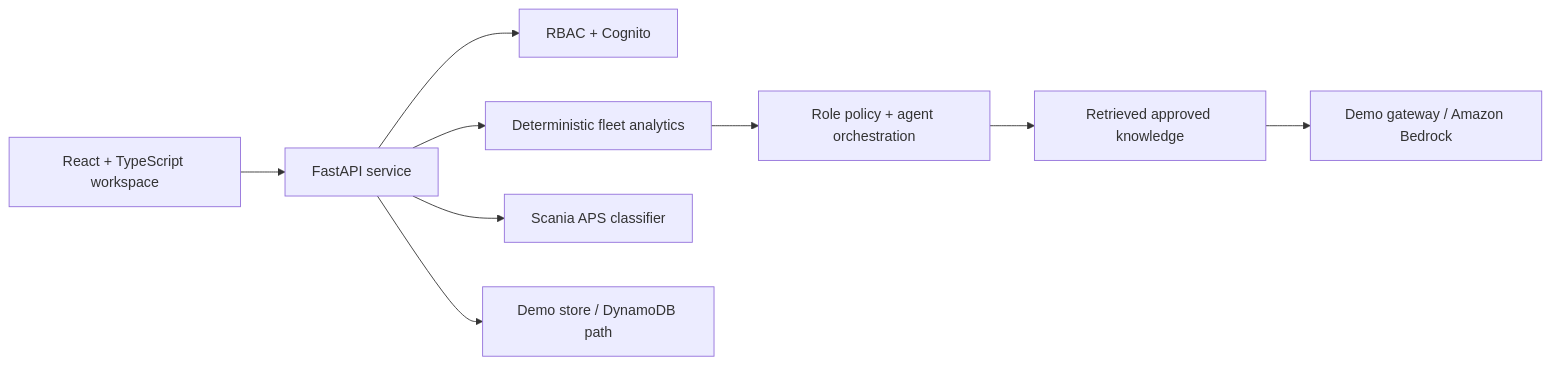
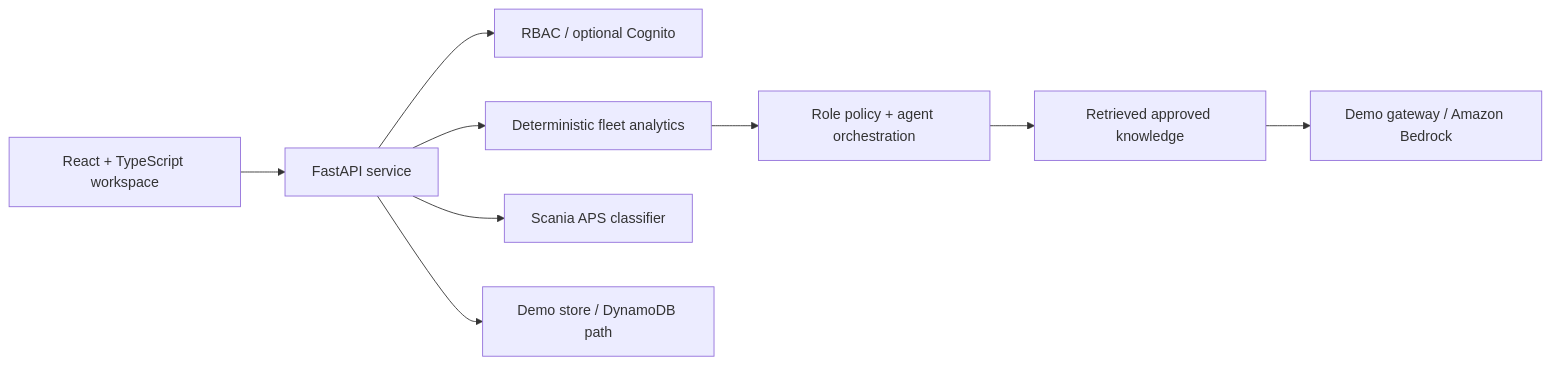
Before and after one commit to chaima-menouar/fleetmind-ai-rbac-secured: the diagram in README.md, drawn with Mermaid. The commit also changed other lines of this file, not shown here.

```diff
--- a/README.md
+++ b/README.md
@@ -33,11 +33,11 @@
 ~~~mermaid
 flowchart LR
     Web["React + TypeScript workspace"] --> API["FastAPI service"]
-    API --> Auth["RBAC + Cognito"]
+    API --> Auth["RBAC / optional Cognito"]
     API --> Analytics["Deterministic fleet analytics"]
     Analytics --> Agent["Role policy + agent orchestration"]
     Agent --> RAG["Retrieved approved knowledge"]
     RAG --> LLM["Demo gateway / Amazon Bedrock"]
     API --> ML["Scania APS classifier"]
     API --> Data["Demo store / DynamoDB path"]
 ~~~
```
